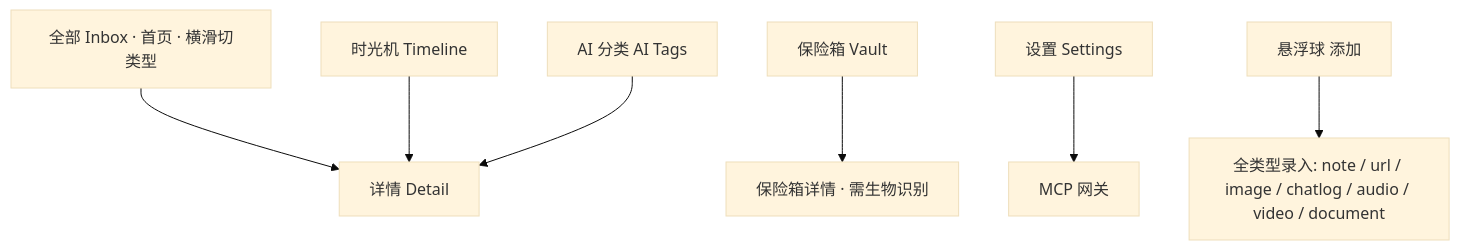
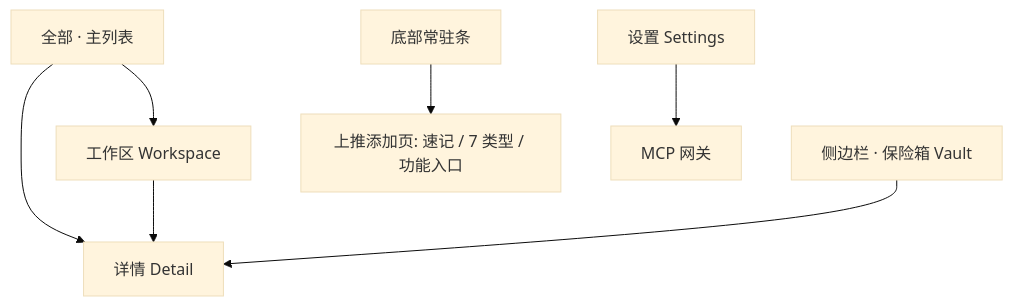
One commit to loveheng/goodshare changed the diagram in docs/design/ui-spec.md. Above: the diagram before and after it, drawn with Mermaid (base theme). The commit also changed other lines of this file and 2 other files, not shown here.

````diff
--- a/docs/design/ui-spec.md
+++ b/docs/design/ui-spec.md
@@ -43,9 +63,9 @@
 ```mermaid
 graph TD
-    B[全部 Inbox · 首页 · 横滑切类型] --> D[详情 Detail]
-    A[时光机 Timeline] --> D
-    K[AI 分类 AI Tags] --> D
-    C[保险箱 Vault] --> V[保险箱详情 · 需生物识别]
+    B[全部 · 主列表] --> D[详情 Detail]
+    B --> W[工作区 Workspace]
+    W --> D
+    V[侧边栏 · 保险箱 Vault] --> D
+    T[底部常驻条] --> N[上推添加页: 速记 / 7 类型 / 功能入口]
     S[设置 Settings] --> M[MCP 网关]
-    F[悬浮球 添加] --> N[全类型录入: note / url / image / chatlog / audio / video / document]
 ```
````
